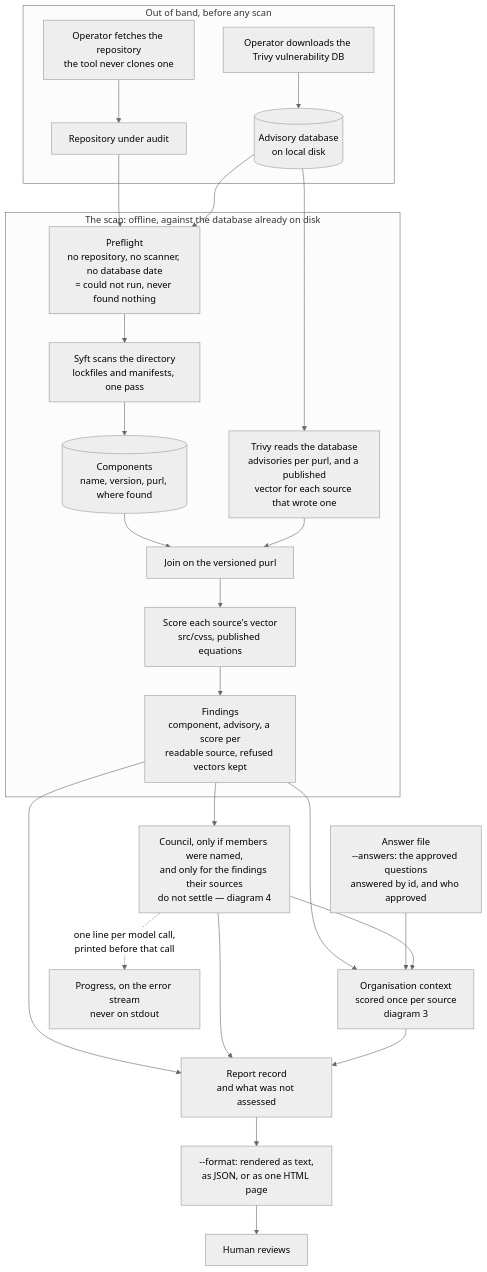
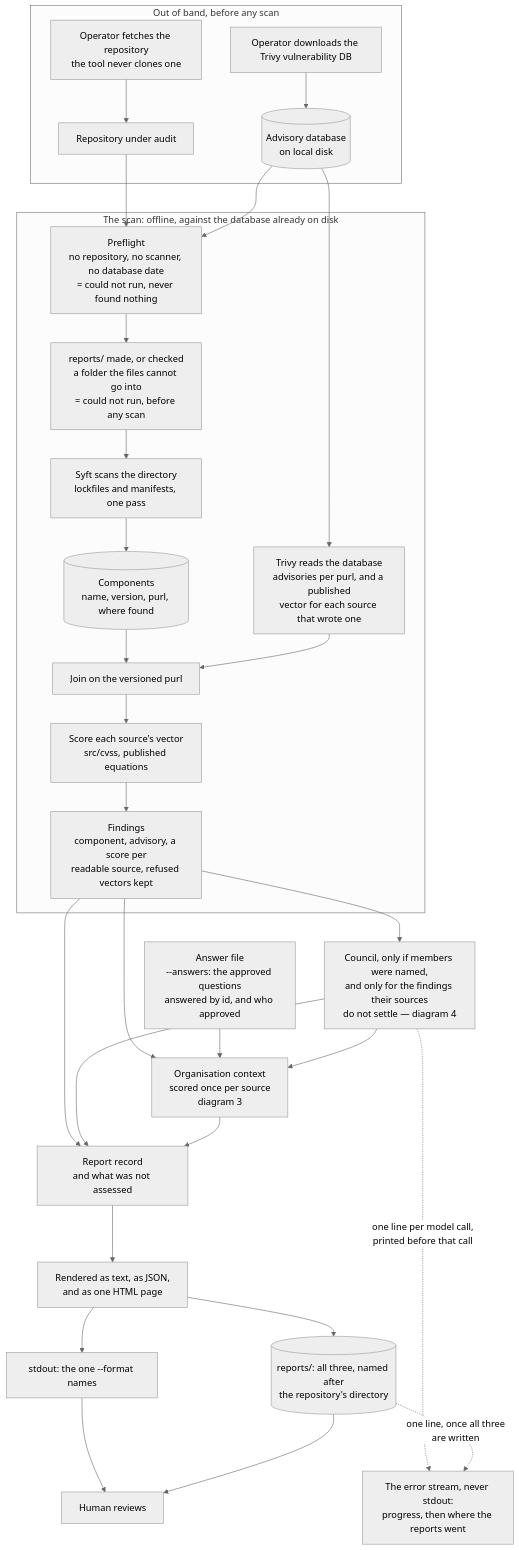
One commit to heinthtnaung/AgenticLLMAppAuditor changed the first of 5 diagrams in docs/diagrams.md. Above: the diagram before and after it, drawn with Mermaid (neutral theme). The commit also changed other lines of this file and 11 other files, not shown here.

First line of the commit message:
Save every audit's three reports into reports/

````diff
--- a/docs/diagrams.md
+++ b/docs/diagrams.md
@@ -36,33 +36,38 @@
 ```mermaid
 flowchart TD
     subgraph OOB["Out of band, before any scan"]
         fetch["Operator downloads the Trivy vulnerability DB"] --> adb[("Advisory database<br/>on local disk")]
         get["Operator fetches the repository<br/>the tool never clones one"] --> repo["Repository under audit"]
     end
 
     subgraph SCAN["The scan: offline, against the database already on disk"]
         pre["Preflight<br/>no repository, no scanner, no database date<br/>= could not run, never found nothing"]
         repo --> pre
-        pre --> syft["Syft scans the directory<br/>lockfiles and manifests, one pass"]
+        pre --> rdir["reports/ made, or checked<br/>a folder the files cannot go into<br/>= could not run, before any scan"]
+        rdir --> syft["Syft scans the directory<br/>lockfiles and manifests, one pass"]
         syft --> comp[("Components<br/>name, version, purl, where found")]
         trivy["Trivy reads the database<br/>advisories per purl, and a published<br/>vector for each source that wrote one"]
         comp --> join["Join on the versioned purl"]
         trivy --> join
         join --> asm["Score each source's vector<br/>src/cvss, published equations"]
         asm --> fin["Findings<br/>component, advisory, a score per<br/>readable source, refused vectors kept"]
     end
 
     adb --> pre
     adb --> trivy
 
     fin --> cou["Council, only if members were named,<br/>and only for the findings their sources<br/>do not settle — diagram 4"]
     fin --> ctx["Organisation context<br/>scored once per source<br/>diagram 3"]
     ans["Answer file<br/>--answers: the approved questions<br/>answered by id, and who approved"] --> ctx
     cou --> ctx
     fin --> rec["Report record<br/>and what was not assessed"]
     cou --> rec
     ctx --> rec
-    rec --> out["--format: rendered as text,<br/>as JSON, or as one HTML page"]
+    rec --> rnd["Rendered as text, as JSON,<br/>and as one HTML page"]
+    rnd --> out["stdout: the one --format names"]
+    rnd --> saved[("reports/: all three, named after<br/>the repository's directory")]
     out --> hum["Human reviews"]
-    cou -. "one line per model call,<br/>printed before that call" .-> err["Progress, on the error stream<br/>never on stdout"]
+    saved --> hum
+    cou -. "one line per model call,<br/>printed before that call" .-> err["The error stream, never stdout:<br/>progress, then where the reports went"]
+    saved -. "one line, once all three<br/>are written" .-> err
 ```
````
